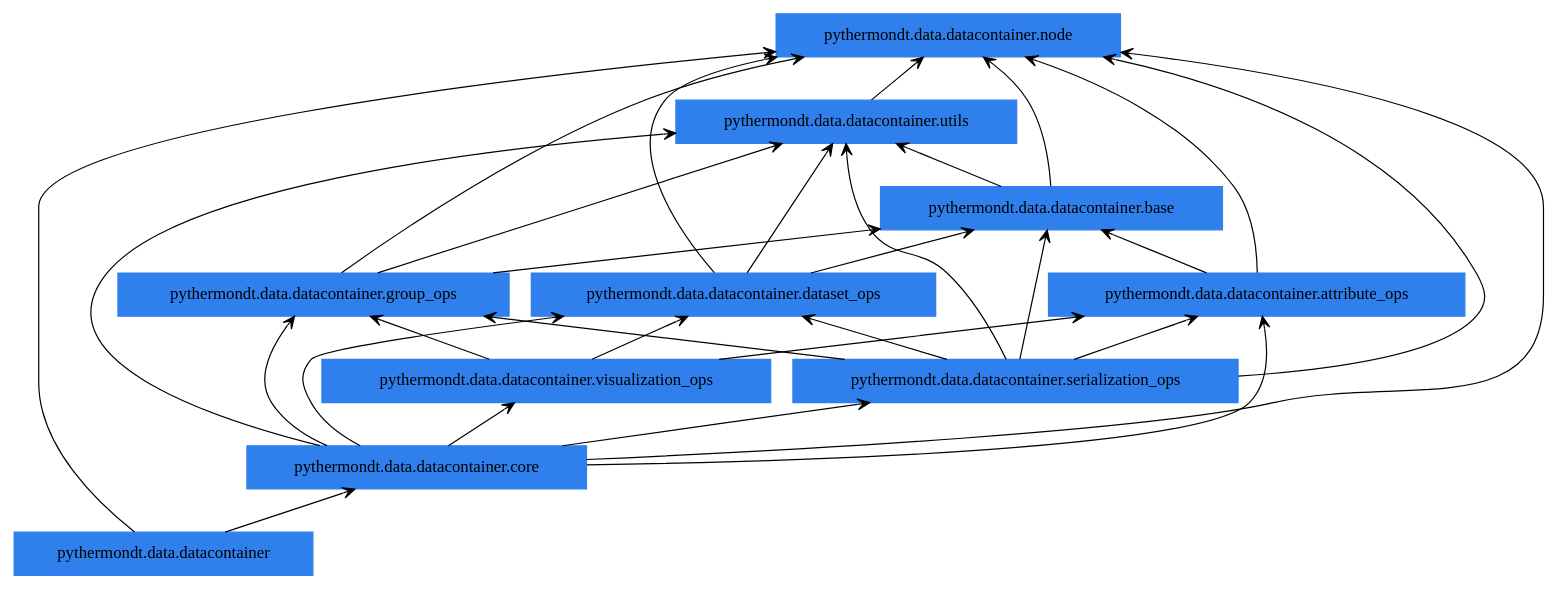
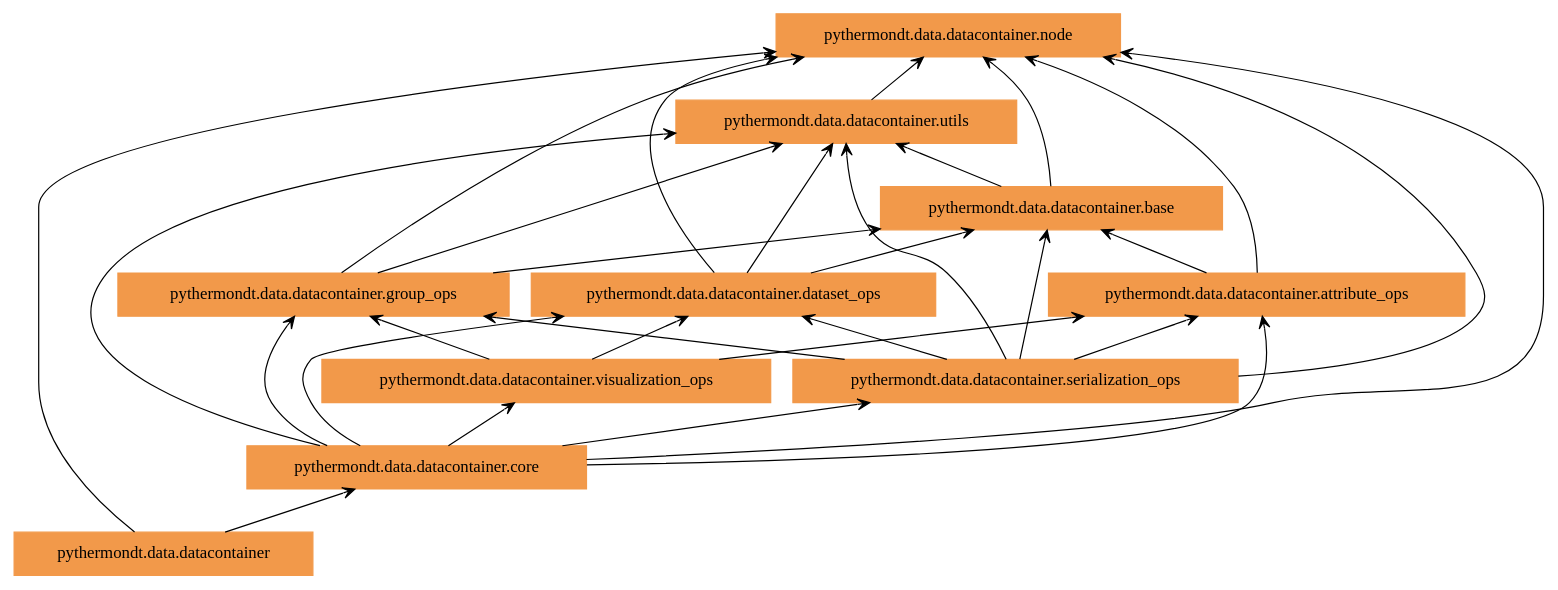
One commit to voidsy-gmbh/pyThermoNDT changed the diagram in docs/pyreverse/packages_pythermondt.data.datacontainer.gv. Above: the diagram before and after it, drawn with Graphviz. The commit also changed 25 other files, not shown here.

Commit message:
Update pyreverse diagrams

```diff
--- a/docs/pyreverse/packages_pythermondt.data.datacontainer.gv
+++ b/docs/pyreverse/packages_pythermondt.data.datacontainer.gv
@@ -1,43 +1,43 @@
 digraph "packages_pythermondt.data.datacontainer" {
 rankdir=BT
 charset="utf-8"
-"pythermondt.data.datacontainer" [color="#2F80ED", label=<pythermondt.data.datacontainer>, shape="box", style="filled"];
-"pythermondt.data.datacontainer.attribute_ops" [color="#2F80ED", label=<pythermondt.data.datacontainer.attribute_ops>, shape="box", style="filled"];
-"pythermondt.data.datacontainer.base" [color="#2F80ED", label=<pythermondt.data.datacontainer.base>, shape="box", style="filled"];
-"pythermondt.data.datacontainer.core" [color="#2F80ED", label=<pythermondt.data.datacontainer.core>, shape="box", style="filled"];
-"pythermondt.data.datacontainer.dataset_ops" [color="#2F80ED", label=<pythermondt.data.datacontainer.dataset_ops>, shape="box", style="filled"];
-"pythermondt.data.datacontainer.group_ops" [color="#2F80ED", label=<pythermondt.data.datacontainer.group_ops>, shape="box", style="filled"];
-"pythermondt.data.datacontainer.node" [color="#2F80ED", label=<pythermondt.data.datacontainer.node>, shape="box", style="filled"];
-"pythermondt.data.datacontainer.serialization_ops" [color="#2F80ED", label=<pythermondt.data.datacontainer.serialization_ops>, shape="box", style="filled"];
-"pythermondt.data.datacontainer.utils" [color="#2F80ED", label=<pythermondt.data.datacontainer.utils>, shape="box", style="filled"];
-"pythermondt.data.datacontainer.visualization_ops" [color="#2F80ED", label=<pythermondt.data.datacontainer.visualization_ops>, shape="box", style="filled"];
+"pythermondt.data.datacontainer" [color="#F2994A", label=<pythermondt.data.datacontainer>, shape="box", style="filled"];
+"pythermondt.data.datacontainer.attribute_ops" [color="#F2994A", label=<pythermondt.data.datacontainer.attribute_ops>, shape="box", style="filled"];
+"pythermondt.data.datacontainer.base" [color="#F2994A", label=<pythermondt.data.datacontainer.base>, shape="box", style="filled"];
+"pythermondt.data.datacontainer.core" [color="#F2994A", label=<pythermondt.data.datacontainer.core>, shape="box", style="filled"];
+"pythermondt.data.datacontainer.dataset_ops" [color="#F2994A", label=<pythermondt.data.datacontainer.dataset_ops>, shape="box", style="filled"];
+"pythermondt.data.datacontainer.group_ops" [color="#F2994A", label=<pythermondt.data.datacontainer.group_ops>, shape="box", style="filled"];
+"pythermondt.data.datacontainer.node" [color="#F2994A", label=<pythermondt.data.datacontainer.node>, shape="box", style="filled"];
+"pythermondt.data.datacontainer.serialization_ops" [color="#F2994A", label=<pythermondt.data.datacontainer.serialization_ops>, shape="box", style="filled"];
+"pythermondt.data.datacontainer.utils" [color="#F2994A", label=<pythermondt.data.datacontainer.utils>, shape="box", style="filled"];
+"pythermondt.data.datacontainer.visualization_ops" [color="#F2994A", label=<pythermondt.data.datacontainer.visualization_ops>, shape="box", style="filled"];
 "pythermondt.data.datacontainer" -> "pythermondt.data.datacontainer.core" [arrowhead="open", arrowtail="none"];
 "pythermondt.data.datacontainer" -> "pythermondt.data.datacontainer.node" [arrowhead="open", arrowtail="none"];
 "pythermondt.data.datacontainer.attribute_ops" -> "pythermondt.data.datacontainer.base" [arrowhead="open", arrowtail="none"];
 "pythermondt.data.datacontainer.attribute_ops" -> "pythermondt.data.datacontainer.node" [arrowhead="open", arrowtail="none"];
 "pythermondt.data.datacontainer.base" -> "pythermondt.data.datacontainer.node" [arrowhead="open", arrowtail="none"];
 "pythermondt.data.datacontainer.base" -> "pythermondt.data.datacontainer.utils" [arrowhead="open", arrowtail="none"];
 "pythermondt.data.datacontainer.core" -> "pythermondt.data.datacontainer.attribute_ops" [arrowhead="open", arrowtail="none"];
 "pythermondt.data.datacontainer.core" -> "pythermondt.data.datacontainer.dataset_ops" [arrowhead="open", arrowtail="none"];
 "pythermondt.data.datacontainer.core" -> "pythermondt.data.datacontainer.group_ops" [arrowhead="open", arrowtail="none"];
 "pythermondt.data.datacontainer.core" -> "pythermondt.data.datacontainer.node" [arrowhead="open", arrowtail="none"];
 "pythermondt.data.datacontainer.core" -> "pythermondt.data.datacontainer.serialization_ops" [arrowhead="open", arrowtail="none"];
 "pythermondt.data.datacontainer.core" -> "pythermondt.data.datacontainer.utils" [arrowhead="open", arrowtail="none"];
 "pythermondt.data.datacontainer.core" -> "pythermondt.data.datacontainer.visualization_ops" [arrowhead="open", arrowtail="none"];
 "pythermondt.data.datacontainer.dataset_ops" -> "pythermondt.data.datacontainer.base" [arrowhead="open", arrowtail="none"];
 "pythermondt.data.datacontainer.dataset_ops" -> "pythermondt.data.datacontainer.node" [arrowhead="open", arrowtail="none"];
 "pythermondt.data.datacontainer.dataset_ops" -> "pythermondt.data.datacontainer.utils" [arrowhead="open", arrowtail="none"];
 "pythermondt.data.datacontainer.group_ops" -> "pythermondt.data.datacontainer.base" [arrowhead="open", arrowtail="none"];
 "pythermondt.data.datacontainer.group_ops" -> "pythermondt.data.datacontainer.node" [arrowhead="open", arrowtail="none"];
 "pythermondt.data.datacontainer.group_ops" -> "pythermondt.data.datacontainer.utils" [arrowhead="open", arrowtail="none"];
 "pythermondt.data.datacontainer.serialization_ops" -> "pythermondt.data.datacontainer.attribute_ops" [arrowhead="open", arrowtail="none"];
 "pythermondt.data.datacontainer.serialization_ops" -> "pythermondt.data.datacontainer.base" [arrowhead="open", arrowtail="none"];
 "pythermondt.data.datacontainer.serialization_ops" -> "pythermondt.data.datacontainer.dataset_ops" [arrowhead="open", arrowtail="none"];
 "pythermondt.data.datacontainer.serialization_ops" -> "pythermondt.data.datacontainer.group_ops" [arrowhead="open", arrowtail="none"];
 "pythermondt.data.datacontainer.serialization_ops" -> "pythermondt.data.datacontainer.node" [arrowhead="open", arrowtail="none"];
 "pythermondt.data.datacontainer.serialization_ops" -> "pythermondt.data.datacontainer.utils" [arrowhead="open", arrowtail="none"];
 "pythermondt.data.datacontainer.utils" -> "pythermondt.data.datacontainer.node" [arrowhead="open", arrowtail="none"];
 "pythermondt.data.datacontainer.visualization_ops" -> "pythermondt.data.datacontainer.attribute_ops" [arrowhead="open", arrowtail="none"];
 "pythermondt.data.datacontainer.visualization_ops" -> "pythermondt.data.datacontainer.dataset_ops" [arrowhead="open", arrowtail="none"];
 "pythermondt.data.datacontainer.visualization_ops" -> "pythermondt.data.datacontainer.group_ops" [arrowhead="open", arrowtail="none"];
 }
```
